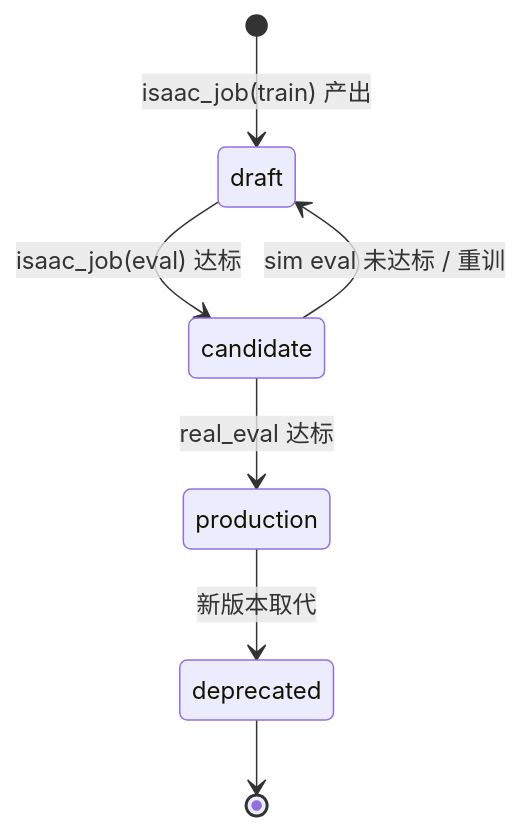
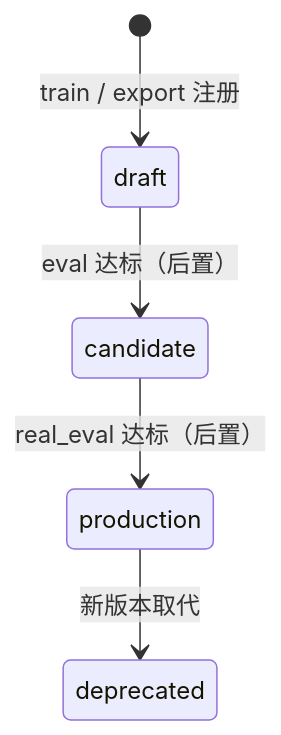
Before and after one commit to msewindy/embodied__ai_lab: the diagram in docs/data/policy_registry_spec.md, drawn with Mermaid. The commit also changed other lines of this file and 101 other files, not shown here.

````diff
--- a/docs/data/policy_registry_spec.md
+++ b/docs/data/policy_registry_spec.md
@@ -98,9 +119,7 @@
 ```mermaid
 stateDiagram-v2
-    [*] --> draft: isaac_job(train) 产出
-    draft --> candidate: isaac_job(eval) 达标
-    candidate --> production: real_eval 达标
-    candidate --> draft: sim eval 未达标 / 重训
+    [*] --> draft: train / export 注册
+    draft --> candidate: eval 达标（后置）
+    candidate --> production: real_eval 达标（后置）
     production --> deprecated: 新版本取代
-    deprecated --> [*]
 ```
````
